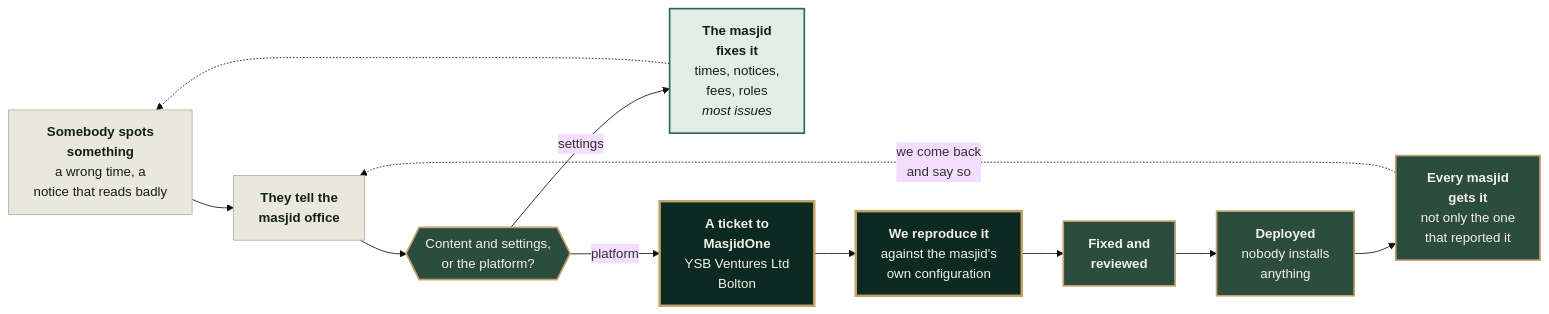
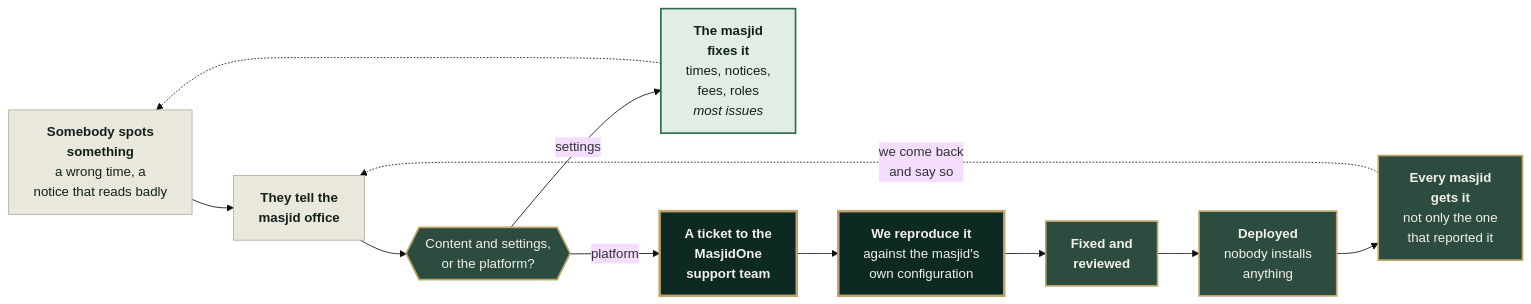
The diagram in assets/diagrams/07-support.mmd (yameenbux/MasjidOne), drawn with Mermaid (base theme) before and after one commit. The commit also changed 3 other files, not shown here.

```diff
--- a/assets/diagrams/07-support.mmd
+++ b/assets/diagrams/07-support.mmd
@@ -1,28 +1,28 @@
 flowchart LR
     C["<b>Somebody spots<br/>something</b><br/>a wrong time, a<br/>notice that reads badly"]
     O["<b>They tell the<br/>masjid office</b>"]
     Q{{"Content and settings,<br/>or the platform?"}}
     SELF["<b>The masjid<br/>fixes it</b><br/>times, notices,<br/>fees, roles<br/><i>most issues</i>"]
-    TKT["<b>A ticket to<br/>MasjidOne</b><br/>YSB Ventures Ltd<br/>Bolton"]
+    TKT["<b>A ticket to the<br/>MasjidOne<br/>support team</b>"]
     US["<b>We reproduce it</b><br/>against the masjid's<br/>own configuration"]
     FIX["<b>Fixed and<br/>reviewed</b>"]
     DEP["<b>Deployed</b><br/>nobody installs<br/>anything"]
     ALL["<b>Every masjid<br/>gets it</b><br/>not only the one<br/>that reported it"]
 
     C --> O --> Q
     Q -->|"settings"| SELF
     Q -->|"platform"| TKT
     TKT --> US --> FIX --> DEP --> ALL
     ALL -.->|"we come back<br/>and say so"| O
     SELF -.-> C
 
     classDef person fill:#EAE7DD,stroke:#B4AE9D,color:#12201A
     classDef gate fill:#2C4C40,stroke:#C0A46A,stroke-width:2px,color:#F3F1EA
     classDef selfserve fill:#E2EDE5,stroke:#2F6B4F,stroke-width:2px,color:#12201A
     classDef us fill:#0C2A21,stroke:#C0A46A,stroke-width:3px,color:#F3F1EA
     classDef ship fill:#2C4C40,stroke:#C0A46A,stroke-width:2px,color:#F3F1EA
     class C,O person
     class Q gate
     class SELF selfserve
     class TKT,US us
     class FIX,DEP,ALL ship
```
